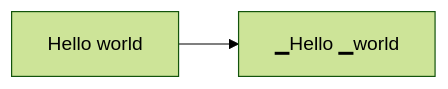
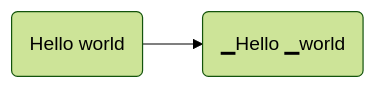
One commit to ChrisZhu2050/chriszhu2050.github.io changed the seventh of 16 diagrams in index.md. Above: the diagram before and after it, drawn with Mermaid (forest theme). The commit also changed other lines of this file, not shown here.

````diff
--- a/index.md
+++ b/index.md
@@ -284,4 +284,4 @@
       ```mermaid
             graph LR
-                A["`Hello world`"] --> B["`▁Hello ▁world`"] 
+                A("`Hello world`") --> B("`▁Hello ▁world`") 
       ```
````
